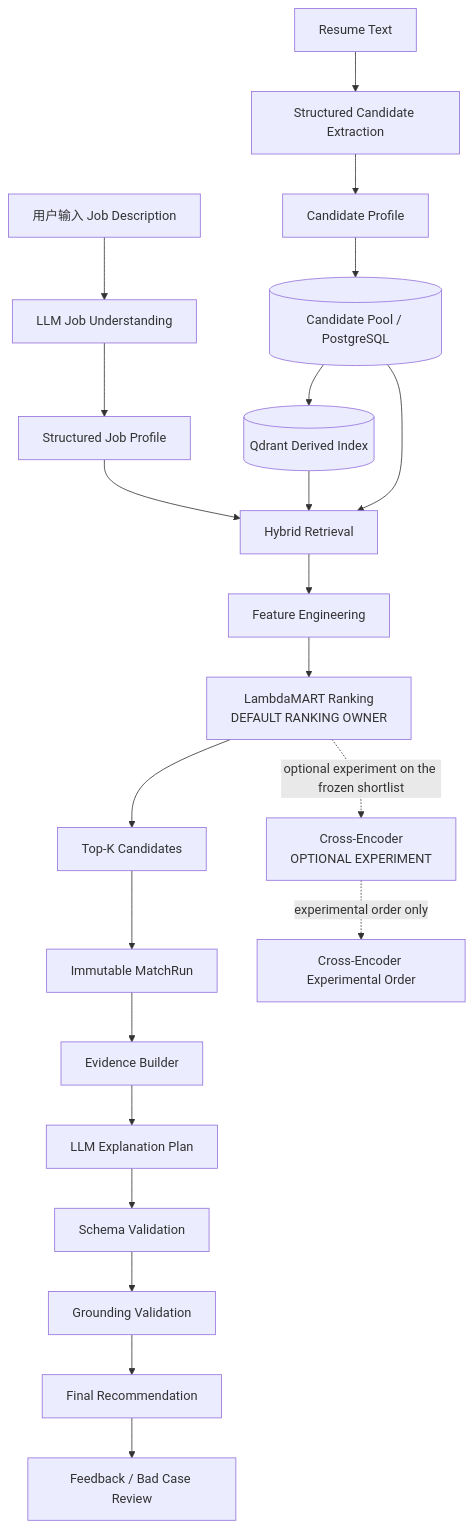
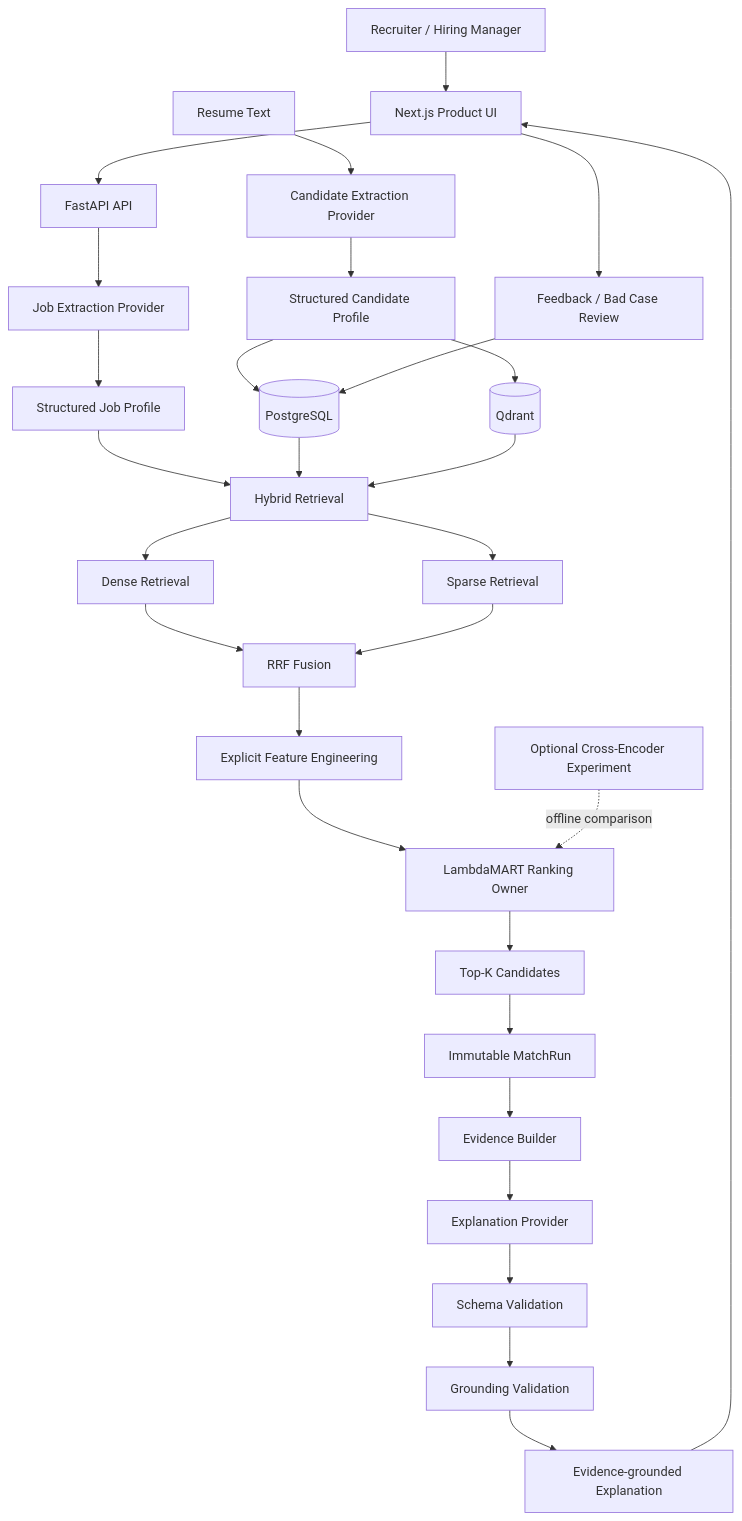
One commit to rM0on/peoplematch-agent changed the diagram in README.md. Above: the diagram before and after it, drawn with Mermaid. The commit also changed other lines of this file and 11 other files, not shown here.

````diff
--- a/README.md
+++ b/README.md
@@ -89,28 +86,37 @@
 ```mermaid
 flowchart TD
-    JD["用户输入 Job Description"] --> LLM1["LLM Job Understanding"]
-    LLM1 --> Job["Structured Job Profile"]
+    U[Recruiter / Hiring Manager] --> UI[Next.js Product UI]
+    UI --> API[FastAPI API]
 
-    Resume["Resume Text"] --> LLM2["Structured Candidate Extraction"]
-    LLM2 --> Candidate["Candidate Profile"]
-    Candidate --> Pool[(Candidate Pool / PostgreSQL)]
-    Pool --> Index[(Qdrant Derived Index)]
+    API --> JE[Job Extraction Provider]
+    JE --> JP[Structured Job Profile]
 
-    Job --> Retrieval["Hybrid Retrieval"]
-    Index --> Retrieval
-    Pool --> Retrieval
-    Retrieval --> Features["Feature Engineering"]
-    Features --> LTR["LambdaMART Ranking<br/>DEFAULT RANKING OWNER"]
-    LTR --> TopK["Top-K Candidates"]
+    R[Resume Text] --> CE[Candidate Extraction Provider]
+    CE --> CP[Structured Candidate Profile]
+    CP --> PG[(PostgreSQL)]
+    CP --> QD[(Qdrant)]
 
-    TopK --> Run["Immutable MatchRun"]
-    Run --> Evidence["Evidence Builder"]
-    Evidence --> LLM3["LLM Explanation Plan"]
-    LLM3 --> Schema["Schema Validation"]
-    Schema --> Grounding["Grounding Validation"]
-    Grounding --> Output["Final Recommendation"]
-    Output --> Review["Feedback / Bad Case Review"]
+    JP --> HR[Hybrid Retrieval]
+    PG --> HR
+    QD --> HR
+    HR --> D[Dense Retrieval]
+    HR --> S[Sparse Retrieval]
+    D --> RRF[RRF Fusion]
+    S --> RRF
+    RRF --> FE[Explicit Feature Engineering]
+    FE --> LTR[LambdaMART Ranking Owner]
+    LTR --> TOP[Top-K Candidates]
 
-    LTR -. "optional experiment on the frozen shortlist" .-> CE["Cross-Encoder<br/>OPTIONAL EXPERIMENT"]
-    CE -. "experimental order only" .-> CEOrder["Cross-Encoder Experimental Order"]
+    TOP --> MR[Immutable MatchRun]
+    MR --> EB[Evidence Builder]
+    EB --> EP[Explanation Provider]
+    EP --> SV[Schema Validation]
+    SV --> GV[Grounding Validation]
+    GV --> EX[Evidence-grounded Explanation]
+    EX --> UI
+
+    UI --> FB[Feedback / Bad Case Review]
+    FB --> PG
+
+    CEOPT[Optional Cross-Encoder Experiment] -. offline comparison .-> LTR
 ```
````
